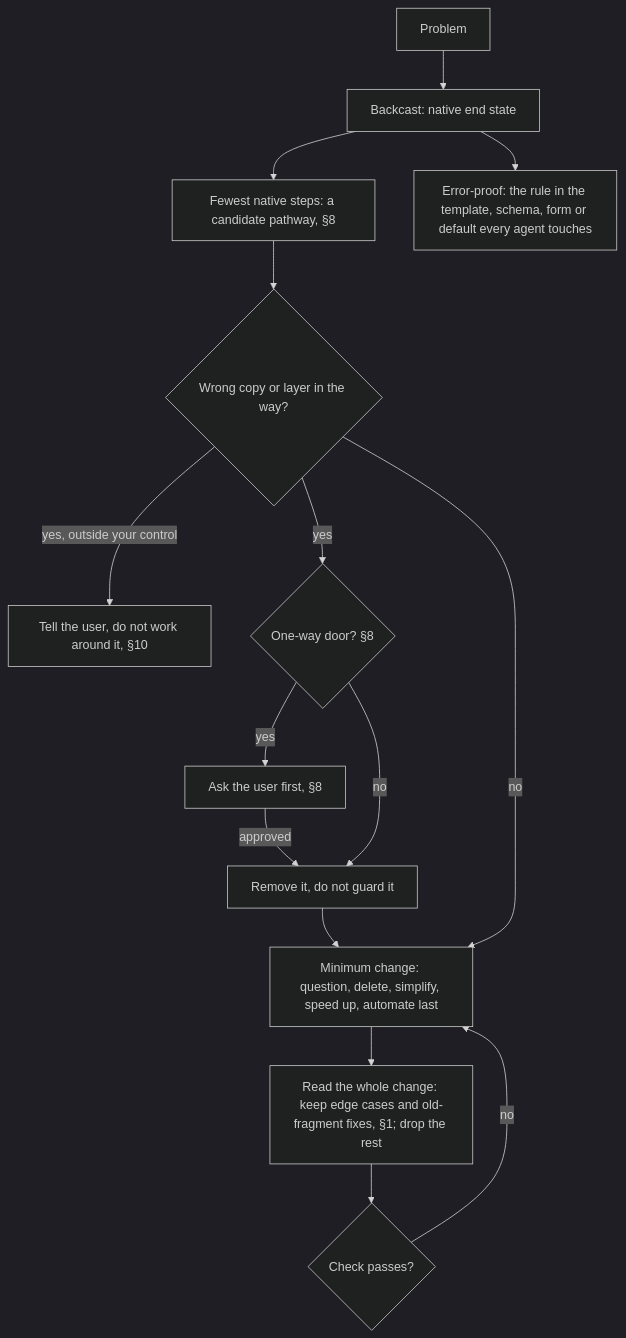
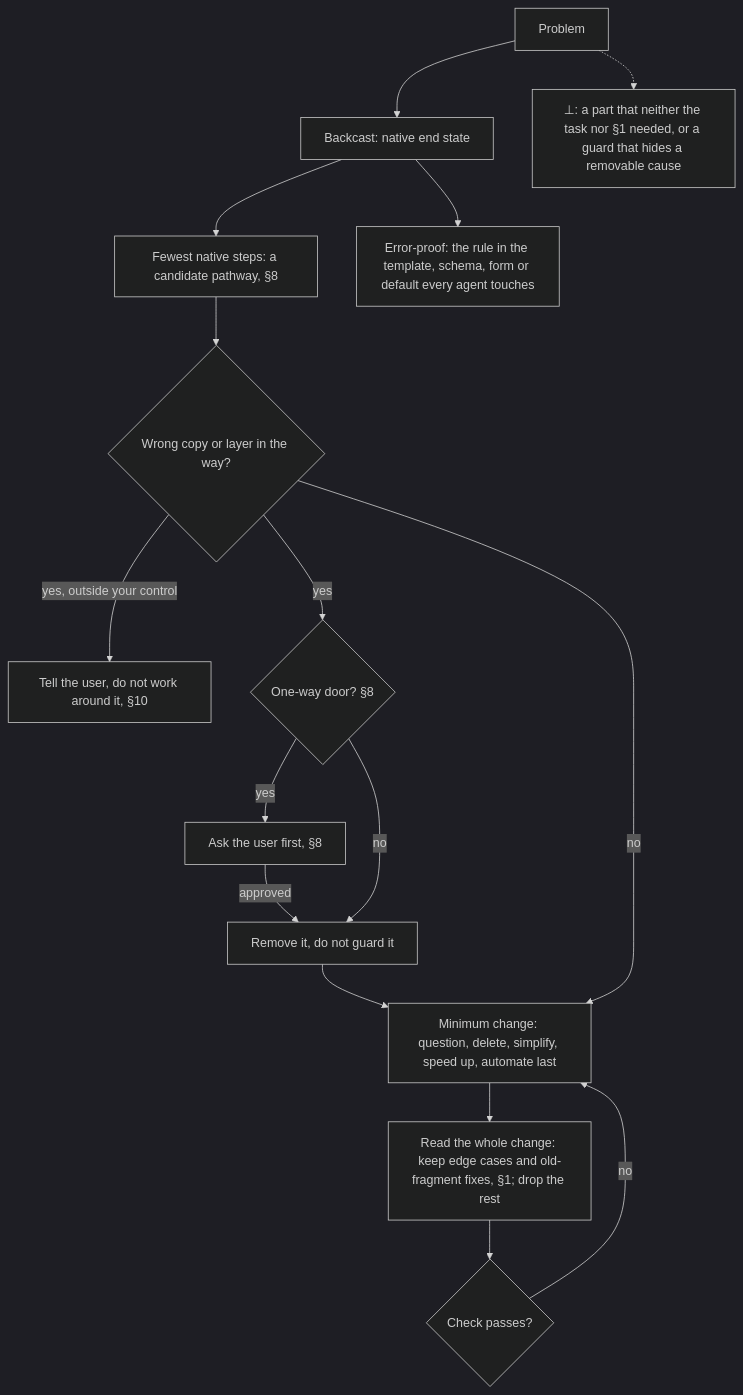
Before and after one commit to SolenixAI/arbiter: the tenth of 14 diagrams in AGENTS.md, drawn with Mermaid (dark theme). The commit also changed other lines of this file, not shown here.

````diff
--- a/AGENTS.md
+++ b/AGENTS.md
@@ -428,12 +458,13 @@
 ```mermaid
 flowchart TD
   P[Problem] --> E["Backcast: native end state"] --> N["Fewest native steps: a candidate pathway, §8"]
   E --> RB["Error-proof: the rule in the template, schema, form or default every agent touches"]
   N --> W{Wrong copy or layer in the way?}
   W -->|yes, outside your control| TU["Tell the user, do not work around it, §10"]
   W -->|yes| O{"One-way door? §8"}
   O -->|yes| AS["Ask the user first, §8"] -->|approved| X
   O -->|no| X["Remove it, do not guard it"] --> M
   W -->|no| M["Minimum change: question, delete, simplify, speed up, automate last"] --> D["Read the whole change: keep edge cases and old-fragment fixes, §1; drop the rest"] --> C{Check passes?}
   C -->|no| M
+  P -.-> BOT["⊥: a part that neither the task nor §1 needed, or a guard that hides a removable cause"]
 ```
````
